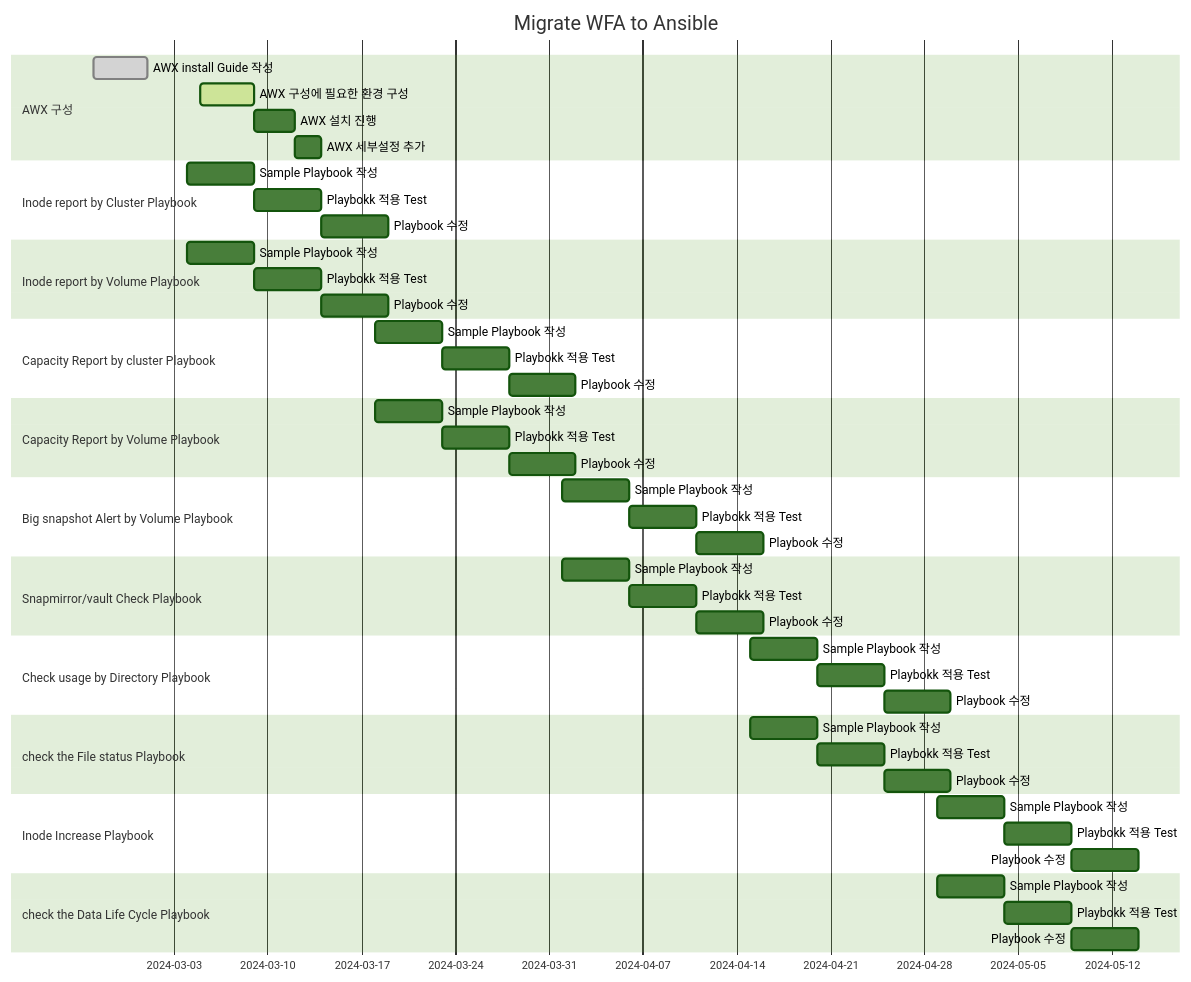
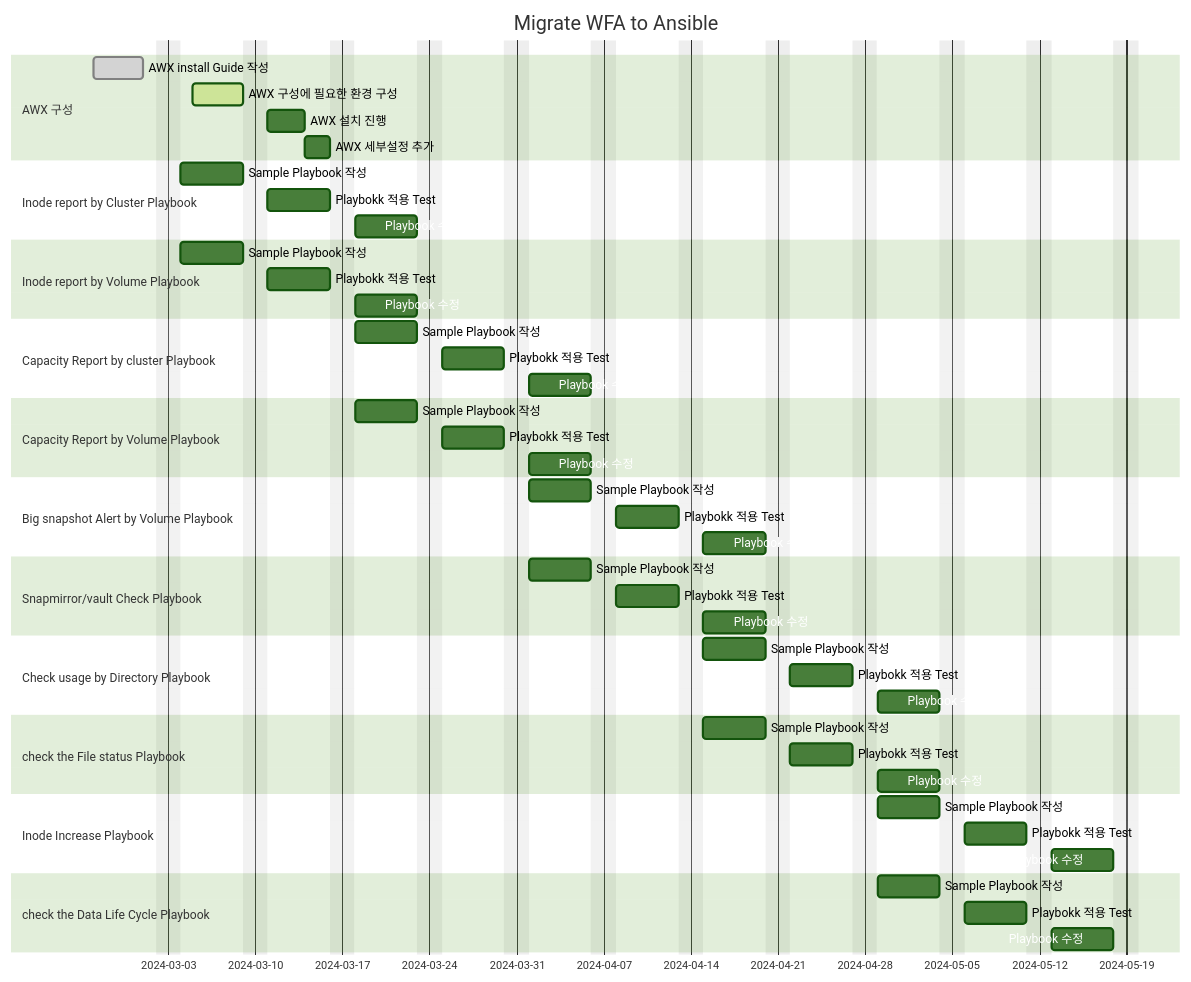
The diagram in SKHynics/Readme.md (netappkr/AnsiblePlaybook), drawn with Mermaid (forest theme) before and after one commit. The commit also changed other lines of this file, not shown here.

````diff
--- a/SKHynics/Readme.md
+++ b/SKHynics/Readme.md
@@ -40,60 +40,62 @@
 ```mermaid
 gantt
     title Migrate WFA to Ansible
     dateFormat  YYYY-MM-DD
+    excludes    weekends
+
     section AWX 구성
     AWX install Guide 작성  : done, awx1, 2024-02-26, 4d
     AWX 구성에 필요한 환경 구성  : active, awx2, 2024-03-05, 4d
     AWX 설치 진행 : awx3, after awx2 , 3d
     AWX 세부설정 추가 : awx4, after awx3, 2d
 
     section Inode report by Cluster Playbook
     Sample Playbook 작성 : p1-1, 2024-03-04, 5d
     Playbokk 적용 Test: p1-2, after p1-1,  5d
     Playbook 수정 : p1-3, after p1-2 , 5d
 
     section Inode report by Volume Playbook
     Sample Playbook 작성 : p2-1, 2024-03-04, 5d
     Playbokk 적용 Test: p2-2, after p2-1,  5d
     Playbook 수정 : p2-3, after p2-2 , 5d
 
     section Capacity Report by cluster Playbook
     Sample Playbook 작성 : p3-1, 2024-03-18, 5d
     Playbokk 적용 Test: p3-2, after p3-1,  5d
     Playbook 수정 : p3-3, after p3-2 , 5d
 
     section Capacity Report by Volume Playbook
     Sample Playbook 작성 : p4-1, 2024-03-18, 5d
     Playbokk 적용 Test: p4-2, after p4-1,  5d
     Playbook 수정 : p4-3, after p4-2 , 5d
 
     section Big snapshot Alert by Volume Playbook
     Sample Playbook 작성 : p5-1, 2024-04-01, 5d
     Playbokk 적용 Test: p5-2, after p5-1,  5d
     Playbook 수정 : p5-3, after p5-2 , 5d
 
     section Snapmirror/vault Check Playbook
     Sample Playbook 작성 : p6-1, 2024-04-01, 5d
     Playbokk 적용 Test: p6-2, after p6-1,  5d
     Playbook 수정 : p6-3, after p6-2 , 5d
 
     section Check usage by Directory Playbook
     Sample Playbook 작성 : p7-1, 2024-04-15, 5d
     Playbokk 적용 Test: p7-2, after p7-1,  5d
     Playbook 수정 : p7-3, after p7-2 , 5d
 
     section check the File status Playbook
     Sample Playbook 작성 : p8-1, 2024-04-15, 5d
     Playbokk 적용 Test: p8-2, after p8-1,  5d
     Playbook 수정 : p8-3, after p8-2 , 5d
 
     section Inode Increase Playbook
     Sample Playbook 작성 : p9-1, 2024-04-29, 5d
     Playbokk 적용 Test: p9-2, after p9-1,  5d
     Playbook 수정 : p9-3, after p9-2 , 5d
 
     section check the Data Life Cycle Playbook
     Sample Playbook 작성 : p10-1, 2024-04-29, 5d
     Playbokk 적용 Test: p10-2, after p10-1,  5d
     Playbook 수정 : p10-3, after p10-2 , 5d
 ```
````
